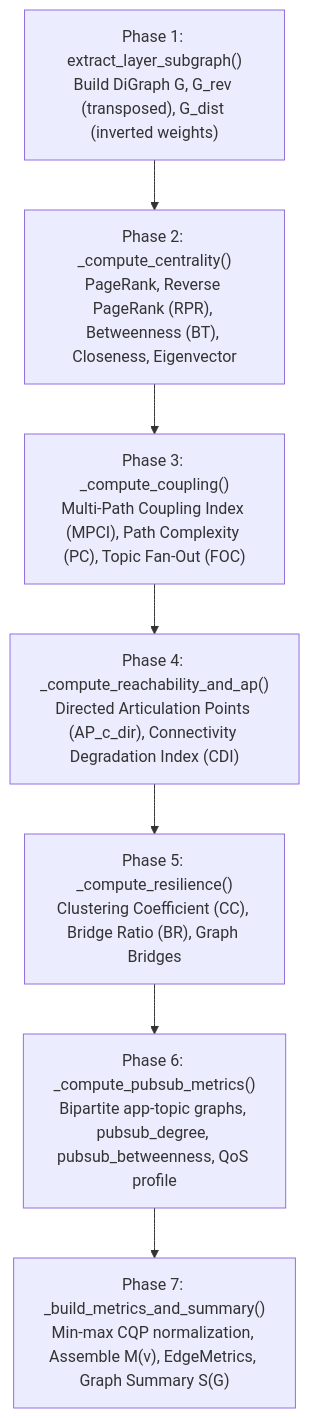
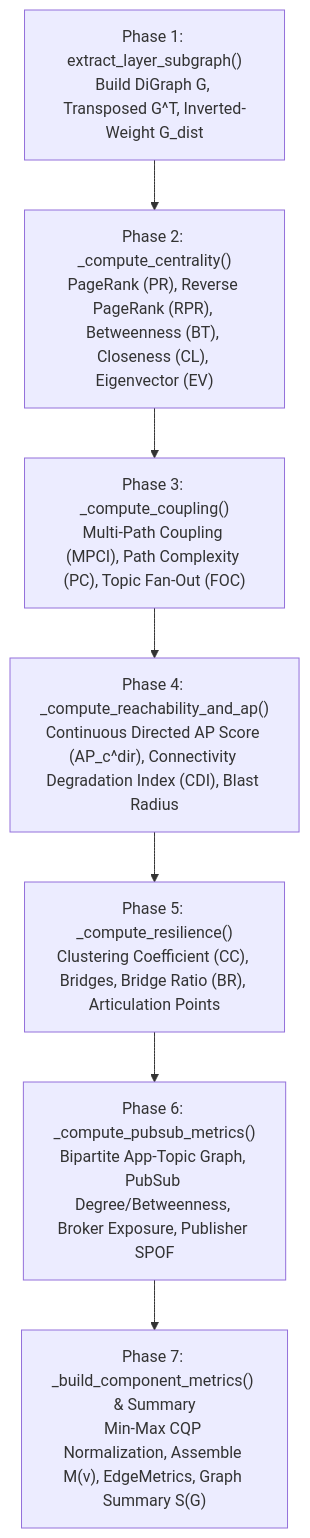
The fifth of 7 diagrams in docs/structural-analysis.md (onuralpyigit/software-as-a-graph), drawn with Mermaid before and after one commit. The commit also changed other lines of this file and 16 other files, not shown here.

````diff
--- a/docs/structural-analysis.md
+++ b/docs/structural-analysis.md
@@ -158,10 +238,10 @@
 ```mermaid
 flowchart TD
-    P1["Phase 1: extract_layer_subgraph()<br>Build DiGraph G, G_rev (transposed), G_dist (inverted weights)"] --> P2
-    P2["Phase 2: _compute_centrality()<br>PageRank, Reverse PageRank (RPR), Betweenness (BT), Closeness, Eigenvector"] --> P3
-    P3["Phase 3: _compute_coupling()<br>Multi-Path Coupling Index (MPCI), Path Complexity (PC), Topic Fan-Out (FOC)"] --> P4
-    P4["Phase 4: _compute_reachability_and_ap()<br>Directed Articulation Points (AP_c_dir), Connectivity Degradation Index (CDI)"] --> P5
-    P5["Phase 5: _compute_resilience()<br>Clustering Coefficient (CC), Bridge Ratio (BR), Graph Bridges"] --> P6
-    P6["Phase 6: _compute_pubsub_metrics()<br>Bipartite app-topic graphs, pubsub_degree, pubsub_betweenness, QoS profile"] --> P7
-    P7["Phase 7: _build_metrics_and_summary()<br>Min-max CQP normalization, Assemble M(v), EdgeMetrics, Graph Summary S(G)"]
+    P1["Phase 1: extract_layer_subgraph()<br/>Build DiGraph G, Transposed G^T, Inverted-Weight G_dist"] --> P2
+    P2["Phase 2: _compute_centrality()<br/>PageRank (PR), Reverse PageRank (RPR), Betweenness (BT), Closeness (CL), Eigenvector (EV)"] --> P3
+    P3["Phase 3: _compute_coupling()<br/>Multi-Path Coupling (MPCI), Path Complexity (PC), Topic Fan-Out (FOC)"] --> P4
+    P4["Phase 4: _compute_reachability_and_ap()<br/>Continuous Directed AP Score (AP_c^dir), Connectivity Degradation Index (CDI), Blast Radius"] --> P5
+    P5["Phase 5: _compute_resilience()<br/>Clustering Coefficient (CC), Bridges, Bridge Ratio (BR), Articulation Points"] --> P6
+    P6["Phase 6: _compute_pubsub_metrics()<br/>Bipartite App-Topic Graph, PubSub Degree/Betweenness, Broker Exposure, Publisher SPOF"] --> P7
+    P7["Phase 7: _build_component_metrics() & Summary<br/>Min-Max CQP Normalization, Assemble M(v), EdgeMetrics, Graph Summary S(G)"]
 ```
````
